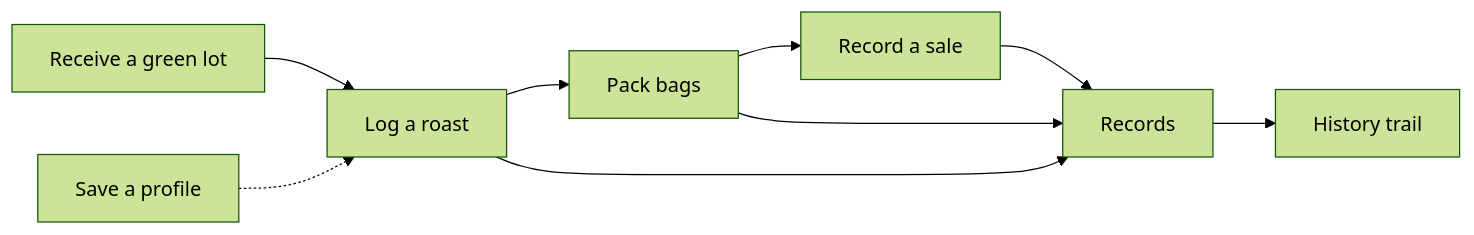
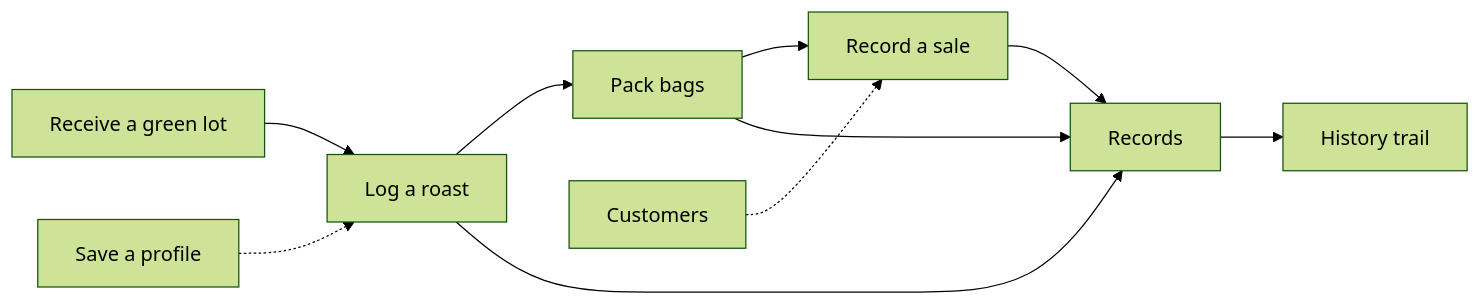
One commit to tnargy/coffeeApp changed the first of 5 diagrams in docs/flows.md. Above: the diagram before and after it, drawn with Mermaid (forest theme). The commit also changed other lines of this file and 26 other files, not shown here.

````diff
--- a/docs/flows.md
+++ b/docs/flows.md
@@ -9,11 +9,12 @@
 ```mermaid
 flowchart LR
   receive["Receive a green lot"] --> roast["Log a roast"]
   profiles["Save a profile"] -.-> roast
   roast --> pack["Pack bags"]
   pack --> sale["Record a sale"]
+  customers["Customers"] -.-> sale
   sale --> records["Records"]
   roast --> records
   pack --> records
   records --> history["History trail"]
 ```
````
